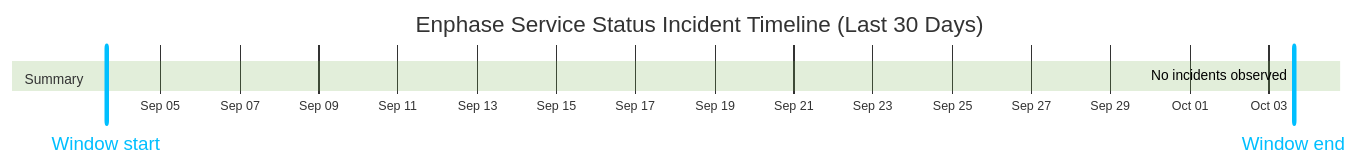
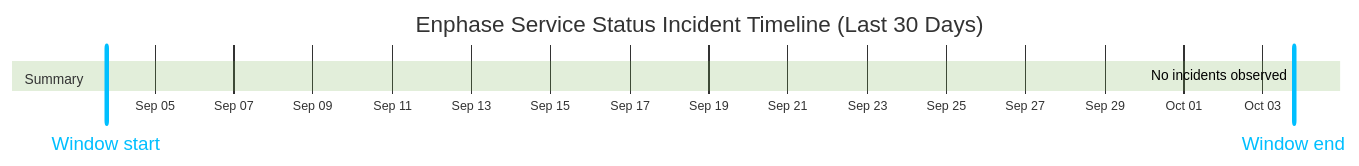
The diagram in wiki/Service-Status-History.md (barneyonline/ha-enphase-energy), drawn with Mermaid (forest theme) before and after one commit. The commit also changed other lines of this file and 3 other files, not shown here.

````diff
--- a/wiki/Service-Status-History.md
+++ b/wiki/Service-Status-History.md
@@ -14,10 +14,10 @@
 ```mermaid
 gantt
     title Enphase Service Status Incident Timeline (Last 30 Days)
     dateFormat  YYYY-MM-DDTHH:mm:ss
     axisFormat  %b %d
-    Window start :vert, window-start, 2026-09-03T15:11:00, 0ms
-    Window end :vert, window-end, 2026-10-03T15:11:00, 0ms
+    Window start :vert, window-start, 2026-09-03T18:46:20, 0ms
+    Window end :vert, window-end, 2026-10-03T18:46:20, 0ms
     section Summary
-    No incidents observed :done, 2026-10-03T15:11:00, 1m
+    No incidents observed :done, 2026-10-03T18:46:20, 1m
 ```
````
